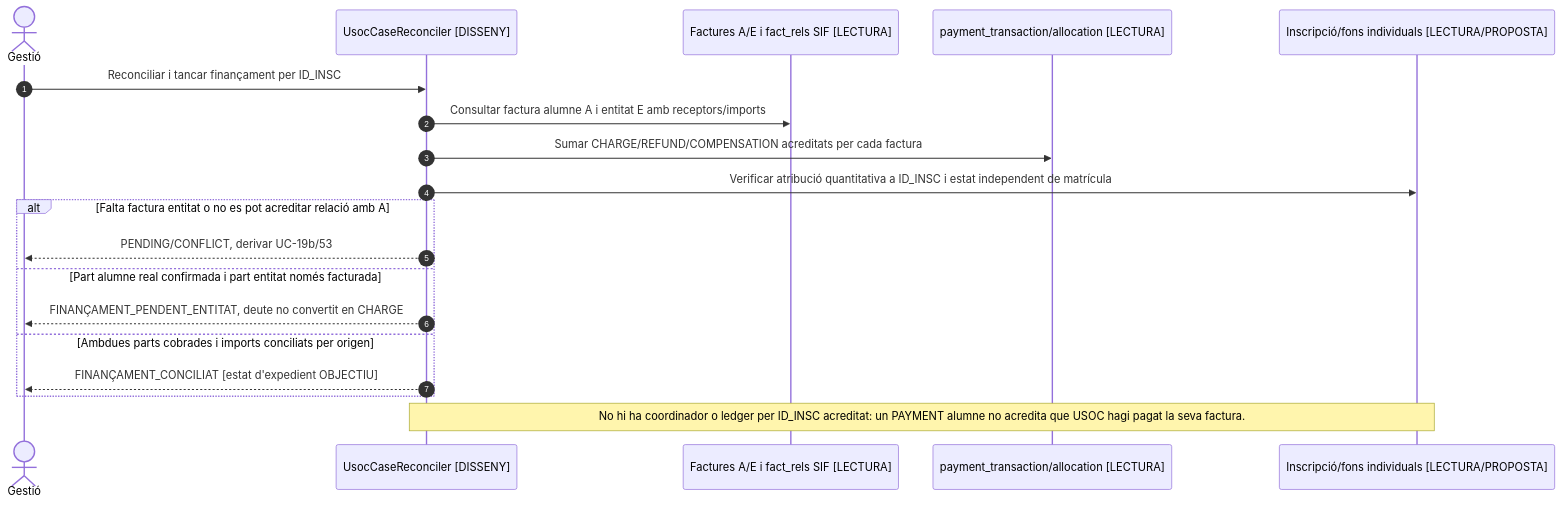
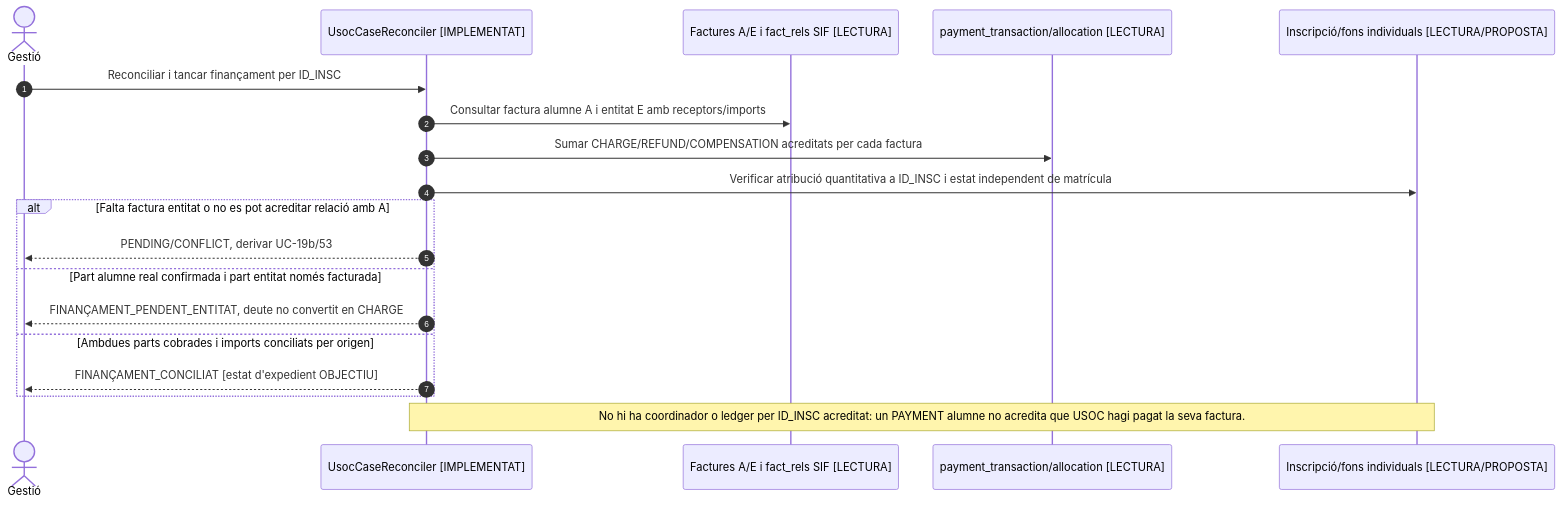
Before and after one commit to orgmeriemprismacat-del/verifactu: the eighth of 9 diagrams in documentacio/07-uml-integrat/uc-013-orquestrar-doble-facturacio-usoc.md, drawn with Mermaid. The commit also changed other lines of this file, not shown here.

Commit message:
docs(uc-013): sincronitzar UML amb UI i reconciliacio actuals

````diff
--- a/documentacio/07-uml-integrat/uc-013-orquestrar-doble-facturacio-usoc.md
+++ b/documentacio/07-uml-integrat/uc-013-orquestrar-doble-facturacio-usoc.md
@@ -287,21 +287,21 @@
 ```mermaid
 sequenceDiagram
 autonumber
 actor O as Gestió
-participant C as UsocCaseReconciler [DISSENY]
+participant C as UsocCaseReconciler [IMPLEMENTAT]
 participant F as Factures A/E i fact_rels SIF [LECTURA]
 participant P as payment_transaction/allocation [LECTURA]
 participant L as Inscripció/fons individuals [LECTURA/PROPOSTA]
 O->>C: Reconciliar i tancar finançament per ID_INSC
 C->>F: Consultar factura alumne A i entitat E amb receptors/imports
 C->>P: Sumar CHARGE/REFUND/COMPENSATION acreditats per cada factura
 C->>L: Verificar atribució quantitativa a ID_INSC i estat independent de matrícula
 alt Falta factura entitat o no es pot acreditar relació amb A
  C-->>O: PENDING/CONFLICT, derivar UC-19b/53
 else Part alumne real confirmada i part entitat només facturada
  C-->>O: FINANÇAMENT_PENDENT_ENTITAT, deute no convertit en CHARGE
 else Ambdues parts cobrades i imports conciliats per origen
  C-->>O: FINANÇAMENT_CONCILIAT [estat d'expedient OBJECTIU]
 end
 Note over C,L: No hi ha coordinador o ledger per ID_INSC acreditat: un PAYMENT alumne no acredita que USOC hagi pagat la seva factura.
 ```
````
